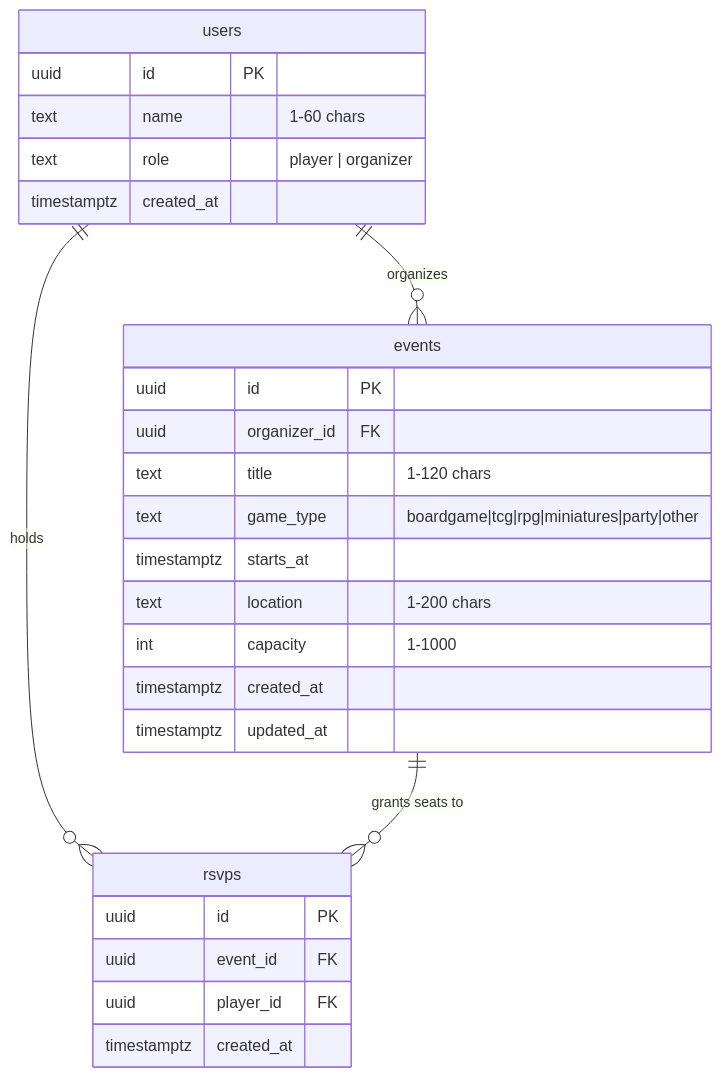
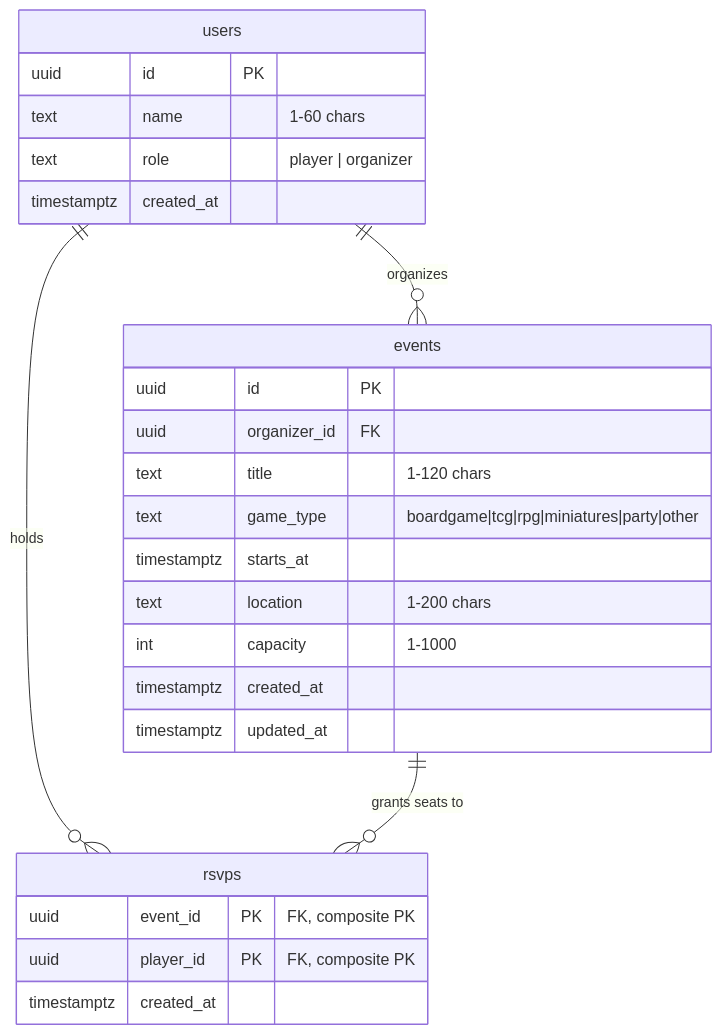
One commit to zhaoanliu/game-night changed the diagram in doc/data-model-and-concurrency.md. Above: the diagram before and after it, drawn with Mermaid. The commit also changed other lines of this file and 3 other files, not shown here.

First line of the commit message:
Make (event_id, player_id) the primary key of rsvps

````diff
--- a/doc/data-model-and-concurrency.md
+++ b/doc/data-model-and-concurrency.md
@@ -16,30 +16,29 @@
 ```mermaid
 erDiagram
     users ||--o{ events : "organizes"
     users ||--o{ rsvps  : "holds"
     events ||--o{ rsvps : "grants seats to"
 
     users {
         uuid        id PK
         text        name        "1-60 chars"
         text        role        "player | organizer"
         timestamptz created_at
     }
     events {
         uuid        id PK
         uuid        organizer_id FK
         text        title       "1-120 chars"
         text        game_type   "boardgame|tcg|rpg|miniatures|party|other"
         timestamptz starts_at
         text        location    "1-200 chars"
         int         capacity    "1-1000"
         timestamptz created_at
         timestamptz updated_at
     }
     rsvps {
-        uuid        id PK
-        uuid        event_id FK
-        uuid        player_id FK
+        uuid        event_id PK "FK, composite PK"
+        uuid        player_id PK "FK, composite PK"
         timestamptz created_at
     }
 ```
````
